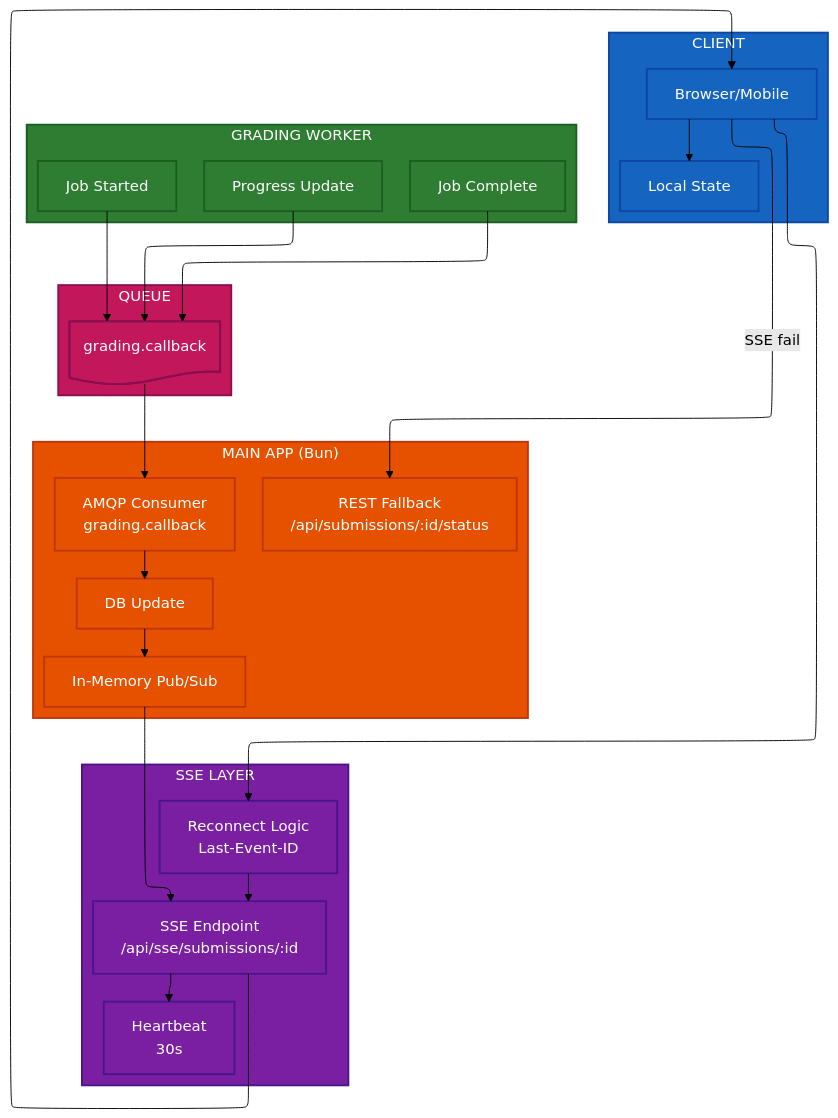
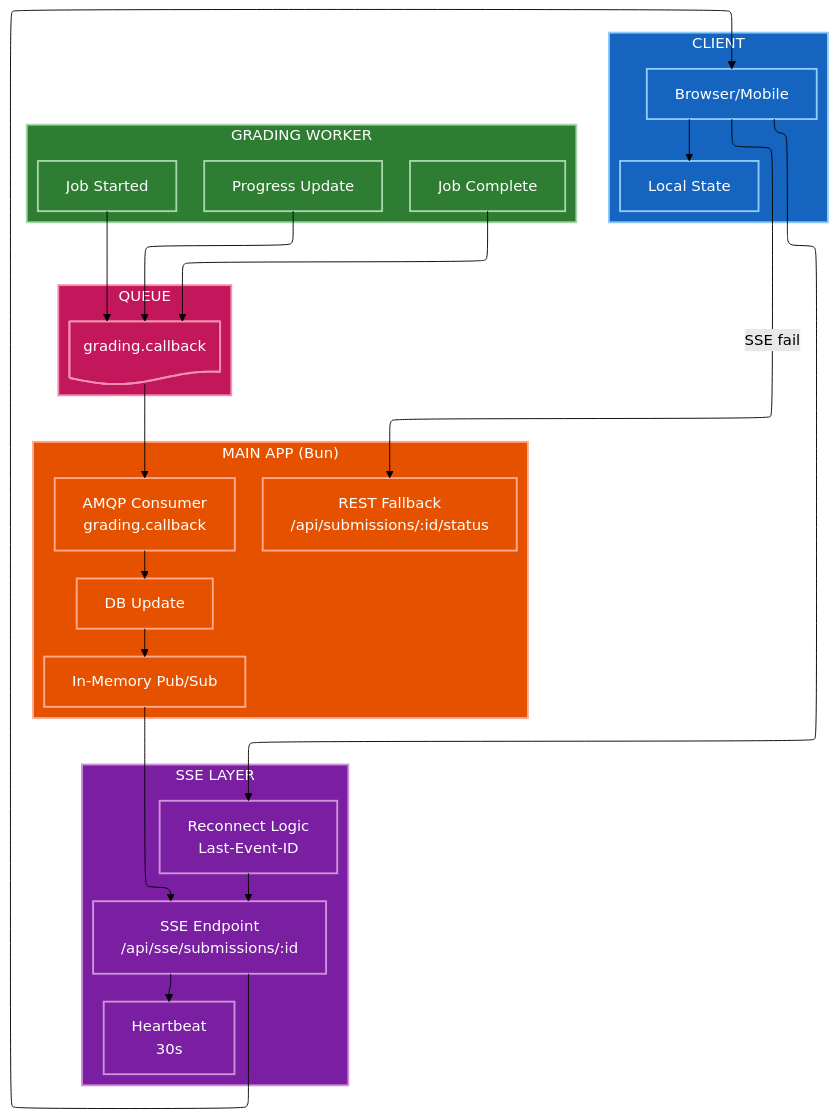
The seventh of 12 diagrams in docs/capstone/diagrams/flow-diagrams.vi.md (nghyane/VSTEP), drawn with Mermaid (forest theme) before and after one commit. The commit also changed other lines of this file, not shown here.

First line of the commit message:
fix(docs): optimize diagram colors for dark/light mode compatibility

````diff
--- a/docs/capstone/diagrams/flow-diagrams.vi.md
+++ b/docs/capstone/diagrams/flow-diagrams.vi.md
@@ -325,58 +325,58 @@
 ```mermaid
 ---
 config:
   layout: elk
 ---
 flowchart TB
     subgraph Client["CLIENT"]
         Browser["Browser/Mobile"]
         LocalState["Local State"]
     end
 
     subgraph SSE["SSE LAYER"]
         Endpoint["SSE Endpoint<br/>/api/sse/submissions/:id"]
         Heartbeat["Heartbeat<br/>30s"]
         Reconnect["Reconnect Logic<br/>Last-Event-ID"]
     end
 
     subgraph Bun["MAIN APP (Bun)"]
         Consumer["AMQP Consumer<br/>grading.callback"]
         PubSub["In-Memory Pub/Sub"]
         DBUpdate["DB Update"]
         Fallback["REST Fallback<br/>/api/submissions/:id/status"]
     end
 
     subgraph Worker["GRADING WORKER"]
         JobStart["Job Started"]
         Progress["Progress Update"]
         JobComplete["Job Complete"]
     end
 
     subgraph Queue["QUEUE"]
         CbQueue@{ shape: doc, label: "grading.callback" }
     end
 
     JobStart --> CbQueue
     Progress --> CbQueue
     JobComplete --> CbQueue
     
     CbQueue --> Consumer --> DBUpdate --> PubSub --> Endpoint
     Endpoint --> Browser --> LocalState
     
     Browser -->|"SSE fail"| Fallback
     
     Endpoint --> Heartbeat
     Browser --> Reconnect --> Endpoint
 
-    classDef client fill:#1565c0,stroke:#0d47a1,stroke-width:2px,color:#fff
-    classDef sse fill:#7b1fa2,stroke:#4a148c,stroke-width:2px,color:#fff
-    classDef bun fill:#e65100,stroke:#bf360c,stroke-width:2px,color:#fff
-    classDef worker fill:#2e7d32,stroke:#1b5e20,stroke-width:2px,color:#fff
-    classDef queue fill:#c2185b,stroke:#880e4f,stroke-width:2px,color:#fff
+    classDef client fill:#1565c0,stroke:#90caf9,stroke-width:2px,color:#fff
+    classDef sse fill:#7b1fa2,stroke:#ce93d8,stroke-width:2px,color:#fff
+    classDef bun fill:#e65100,stroke:#ffab91,stroke-width:2px,color:#fff
+    classDef worker fill:#2e7d32,stroke:#a5d6a7,stroke-width:2px,color:#fff
+    classDef queue fill:#c2185b,stroke:#f48fb1,stroke-width:2px,color:#fff
 
     class Client,Browser,LocalState client
     class SSE,Endpoint,Heartbeat,Reconnect sse
     class Bun,Consumer,PubSub,DBUpdate,Fallback bun
     class Worker,JobStart,Progress,JobComplete worker
     class Queue,CbQueue queue
 ```
````
